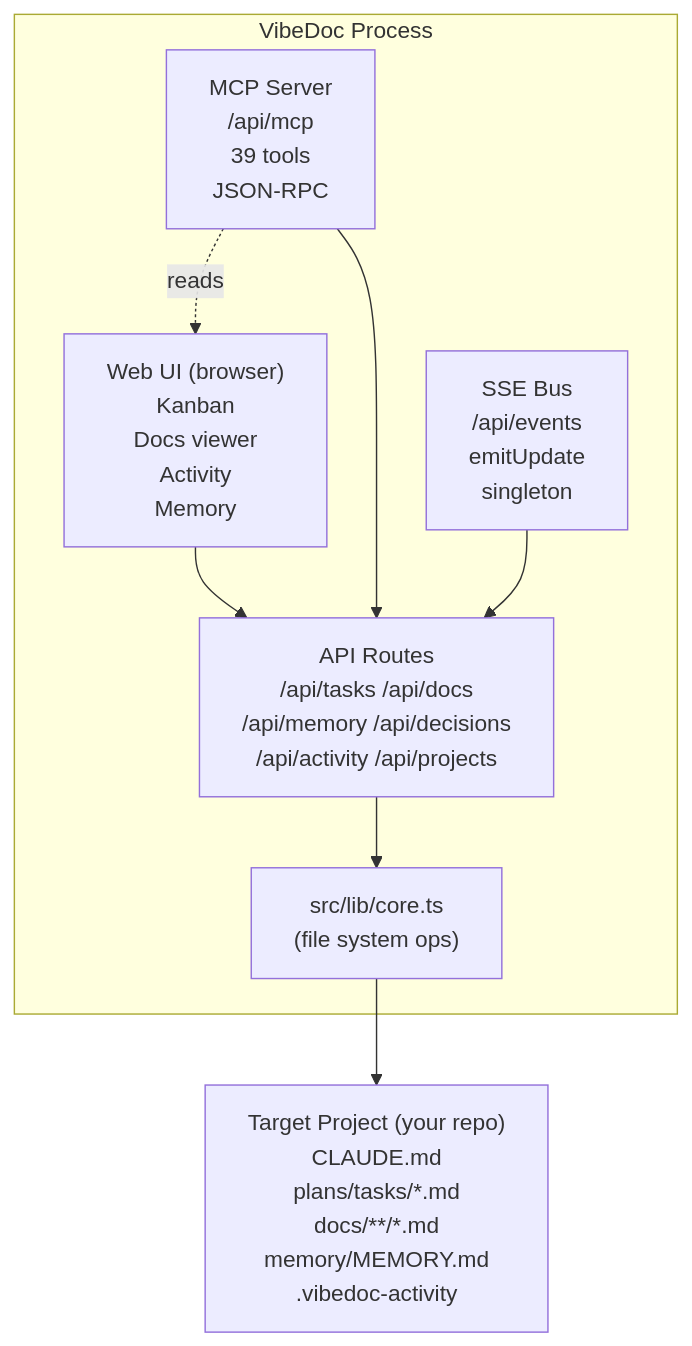
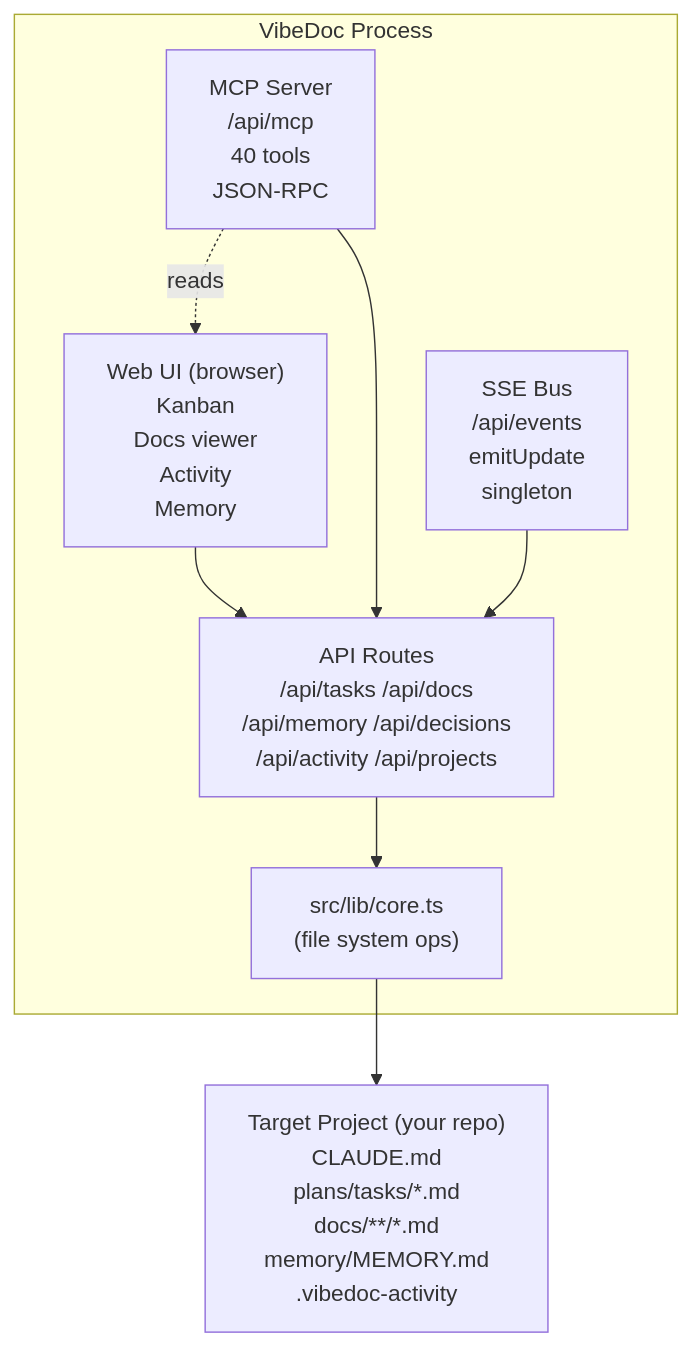
Before and after one commit to quanghoangf/vibedoc: the diagram in docs/architecture/01-overview/DOMAIN_MAP.md, drawn with Mermaid. The commit also changed 8 other files, not shown here.

Commit message:
feat(evidence): evidence API and vibedoc_get_evidence MCP tool (T154)

````diff
--- a/docs/architecture/01-overview/DOMAIN_MAP.md
+++ b/docs/architecture/01-overview/DOMAIN_MAP.md
@@ -6,22 +6,22 @@
 ```mermaid
 graph TB
     subgraph VibeDoc["VibeDoc Process"]
         WebUI["Web UI (browser)<br/>Kanban<br/>Docs viewer<br/>Activity<br/>Memory"]
-        MCP["MCP Server<br/>/api/mcp<br/>39 tools<br/>JSON-RPC"]
+        MCP["MCP Server<br/>/api/mcp<br/>40 tools<br/>JSON-RPC"]
         SSE["SSE Bus<br/>/api/events<br/>emitUpdate<br/>singleton"]
 
         API["API Routes<br/>/api/tasks /api/docs<br/>/api/memory /api/decisions<br/>/api/activity /api/projects"]
 
         Core["src/lib/core.ts<br/>(file system ops)"]
 
         MCP -.->|reads| WebUI
         WebUI --> API
         MCP --> API
         SSE --> API
         API --> Core
     end
 
     Project["Target Project (your repo)<br/>CLAUDE.md<br/>plans/tasks/*.md<br/>docs/**/*.md<br/>memory/MEMORY.md<br/>.vibedoc-activity"]
 
     Core --> Project
 ```
````
